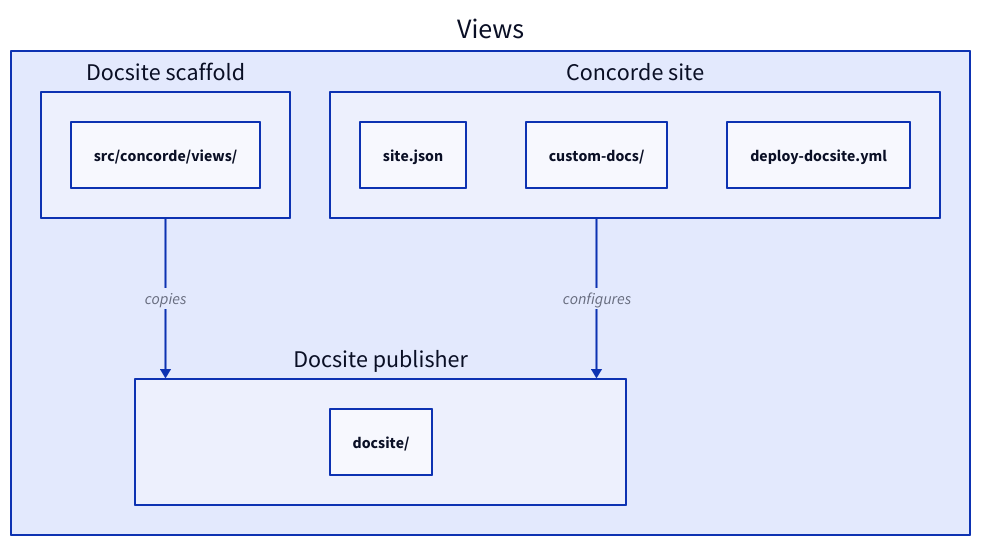
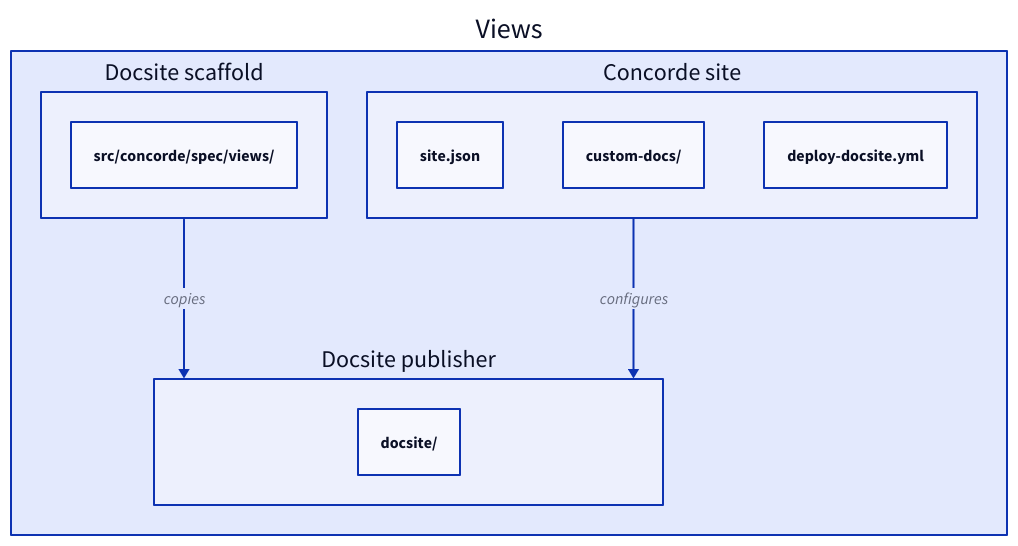
Before and after one commit to FTOD/concorde: the first of 4 diagrams in specs/concorde/spec-tooling/views/module.md, drawn with D2. The commit also changed 224 other files, not shown here.

````diff
--- a/specs/concorde/spec-tooling/views/module.md
+++ b/specs/concorde/spec-tooling/views/module.md
@@ -57,17 +57,17 @@
 ```d2
 views: Views {
   publisher: Docsite publisher {
     "docsite/"
   }
   scaffold: Docsite scaffold {
-    "src/concorde/views/"
+    "src/concorde/spec/views/"
   }
   site: Concorde site {
     "site.json"
     "custom-docs/"
     "deploy-docsite.yml"
   }
   scaffold -> publisher: copies
   site -> publisher: configures
 }
 ```
````
